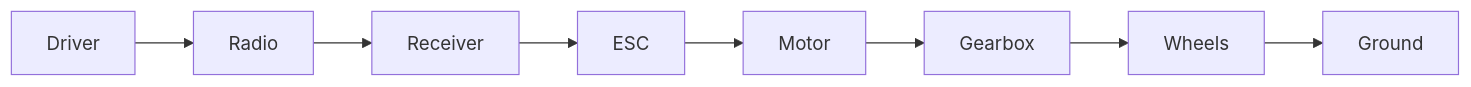
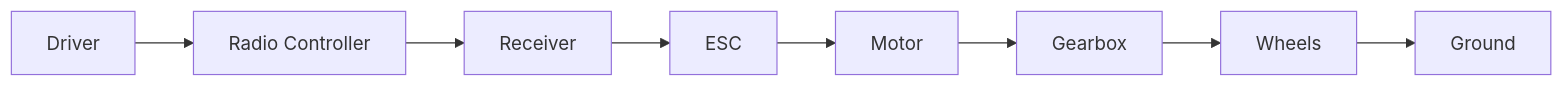
The first of 2 diagrams in Part-1-Engineering-Mindset/00-How-to-Use-This-Handbook.md (nayyabahmed/voltforge_gear), drawn with Mermaid before and after one commit. The commit also changed other lines of this file and 10 other files, not shown here.

````diff
--- a/Part-1-Engineering-Mindset/00-How-to-Use-This-Handbook.md
+++ b/Part-1-Engineering-Mindset/00-How-to-Use-This-Handbook.md
@@ -98,11 +109,11 @@
 ```mermaid
 flowchart LR
 
-Driver --> Radio
-Radio --> Receiver
+Driver --> RadioController["Radio Controller"]
+RadioController --> Receiver
 Receiver --> ESC
 ESC --> Motor
 Motor --> Gearbox
 Gearbox --> Wheels
 Wheels --> Ground
 ```
````
